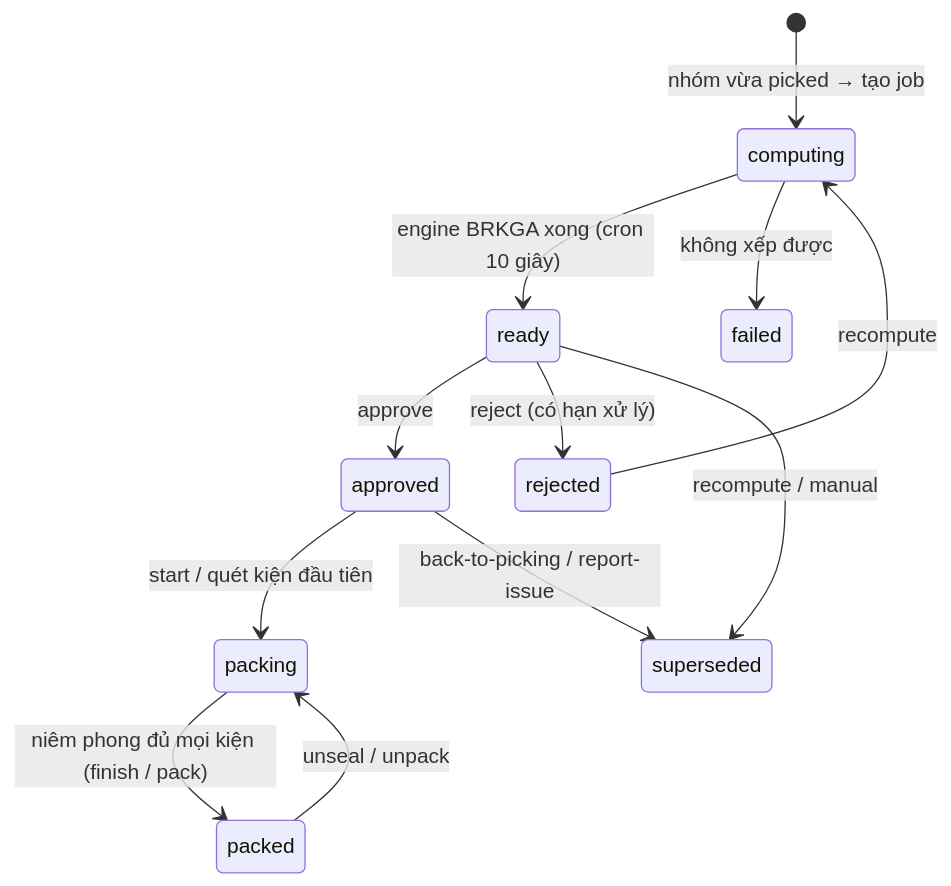
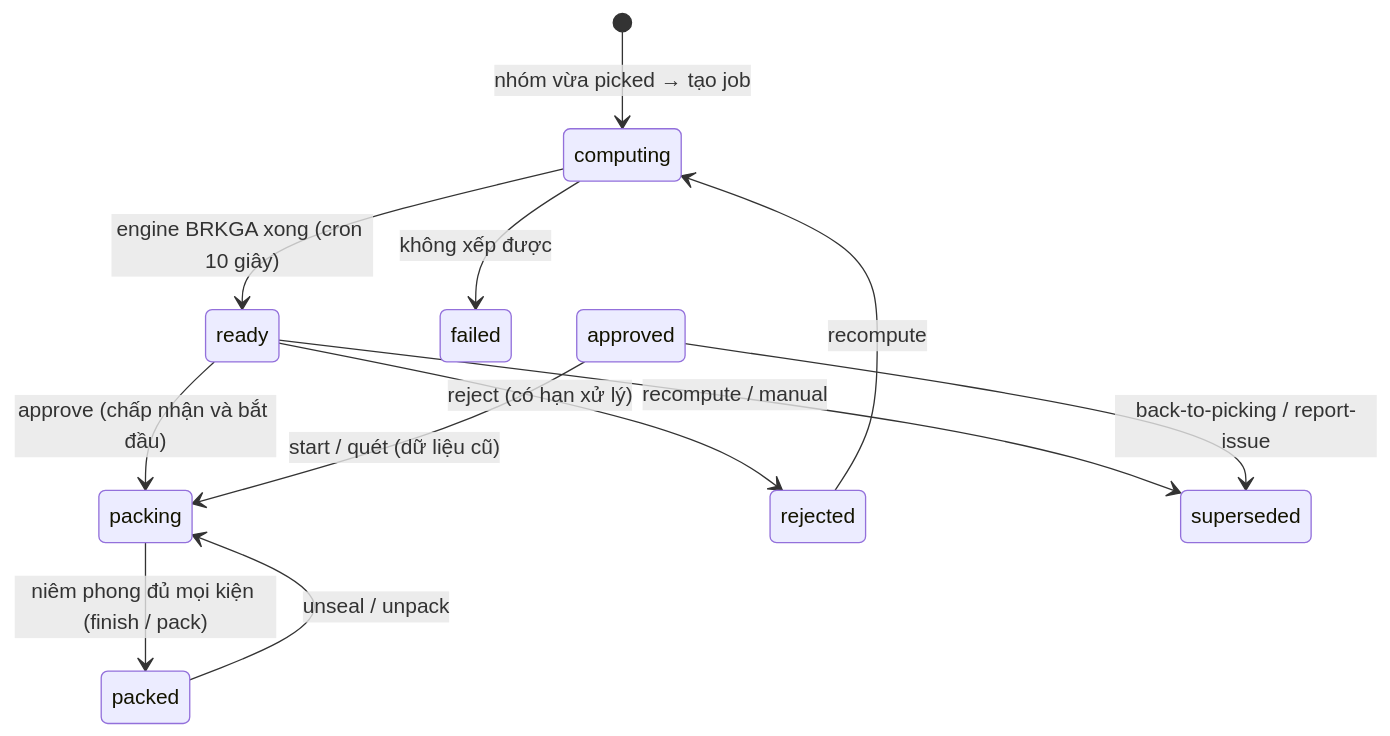
The fifth of 8 diagrams in GUIDE_DOC/BE_SPEC/06_LUONG_NGHIEP_VU.md (ThuaanNguyeen111/OptiPackAI), drawn with Mermaid before and after one commit. The commit also changed other lines of this file and 13 other files, not shown here.

Commit message:
fix(AOFP-130): start packing on approval and filter assigned work

````diff
--- a/GUIDE_DOC/BE_SPEC/06_LUONG_NGHIEP_VU.md
+++ b/GUIDE_DOC/BE_SPEC/06_LUONG_NGHIEP_VU.md
@@ -178,14 +178,14 @@
 ```mermaid
 stateDiagram-v2
     [*] --> computing: nhóm vừa picked → tạo job
     computing --> ready: engine BRKGA xong (cron 10 giây)
     computing --> failed: không xếp được
-    ready --> approved: approve
+    ready --> packing: approve (chấp nhận và bắt đầu)
     ready --> rejected: reject (có hạn xử lý)
     rejected --> computing: recompute
-    approved --> packing: start / quét kiện đầu tiên
+    approved --> packing: start / quét (dữ liệu cũ)
     packing --> packed: niêm phong đủ mọi kiện (finish / pack)
     ready --> superseded: recompute / manual
     approved --> superseded: back-to-picking / report-issue
     packed --> packing: unseal / unpack
 ```
````
